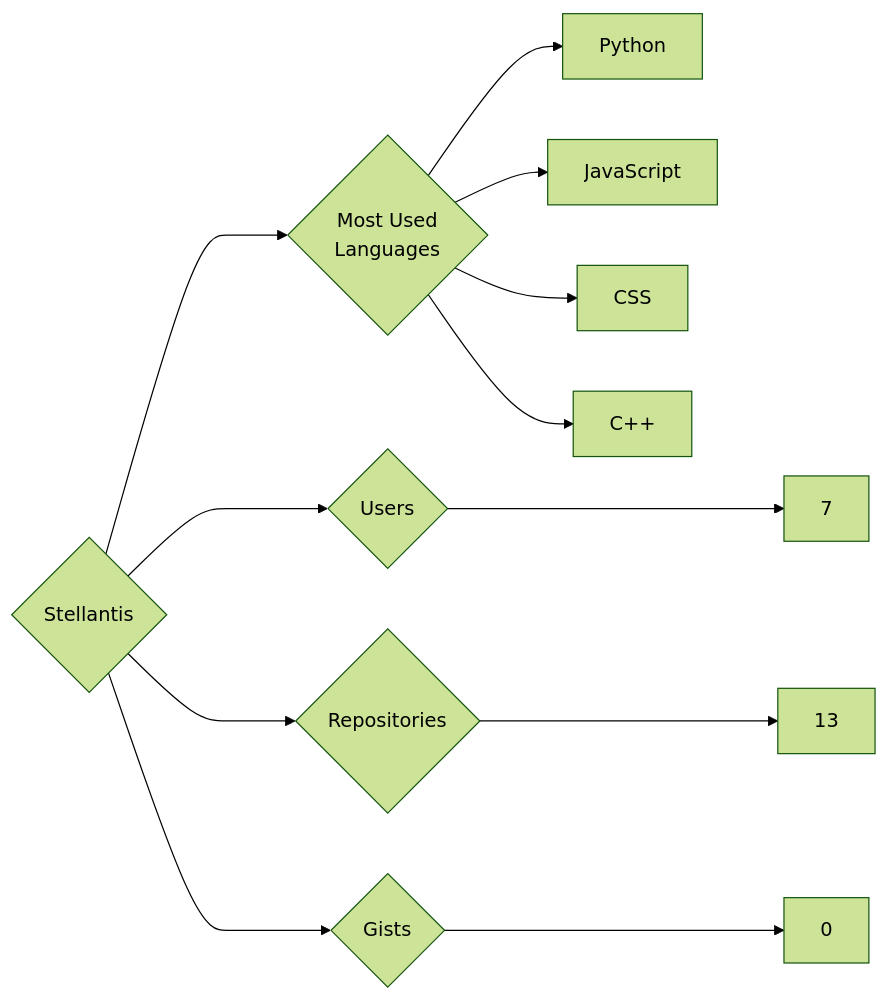
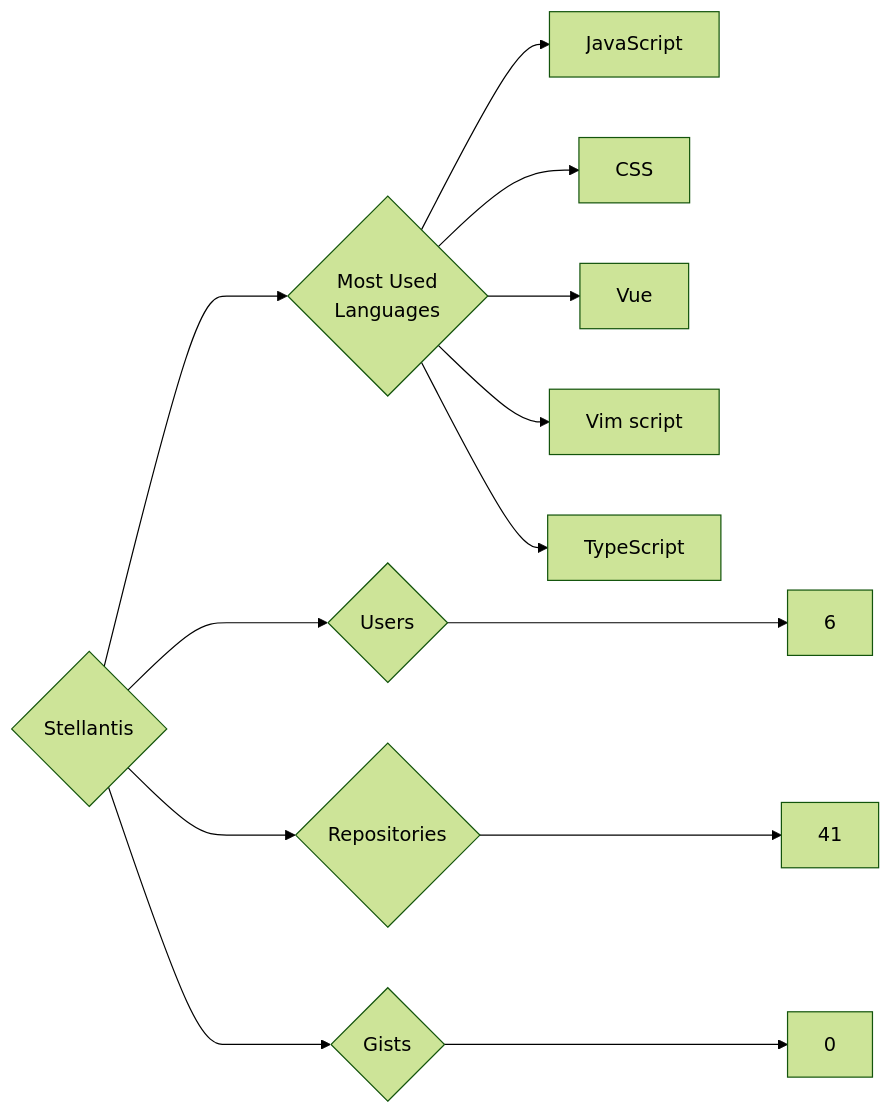
Before and after one commit to trickest/insiders: the diagram in targets/Stellantis/README.md, drawn with Mermaid (forest theme). The commit also changed 899 other files, not shown here.

````diff
--- a/targets/Stellantis/README.md
+++ b/targets/Stellantis/README.md
@@ -3,12 +3,13 @@
 ```mermaid
 graph LR
 COMPANY_NAME{Stellantis}
-COMPANY_NAME ---> U{Users} ---> UN[7]
-COMPANY_NAME ---> R{Repositories} ---> RN[13]
+COMPANY_NAME ---> U{Users} ---> UN[6]
+COMPANY_NAME ---> R{Repositories} ---> RN[41]
 COMPANY_NAME ---> G{Gists} ---> GN[0]
 COMPANY_NAME ---> ML{Most Used<br>Languages}
-ML --> Python[Python]
 ML --> JavaScript[JavaScript]
 ML --> CSS[CSS]
-ML --> C++[C++]
+ML --> Vue[Vue]
+ML --> Vim_script[Vim script]
+ML --> TypeScript[TypeScript]
 ```
````
